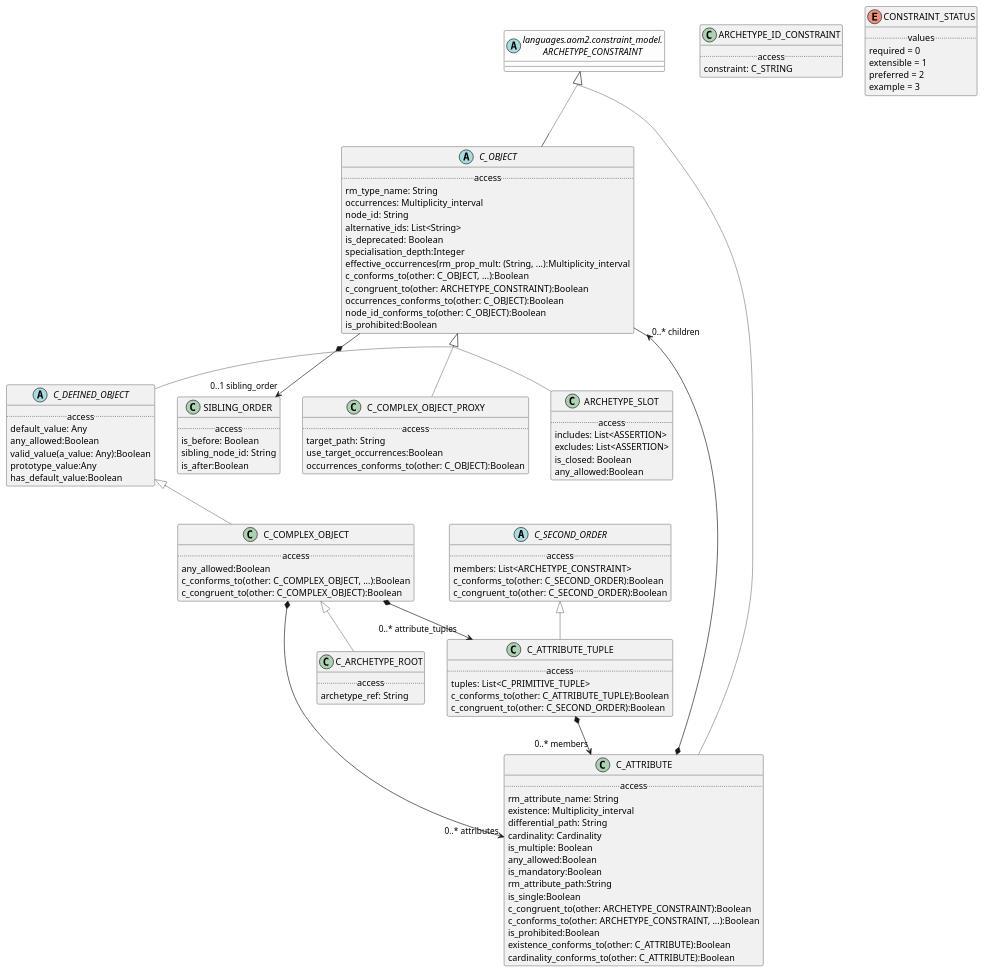
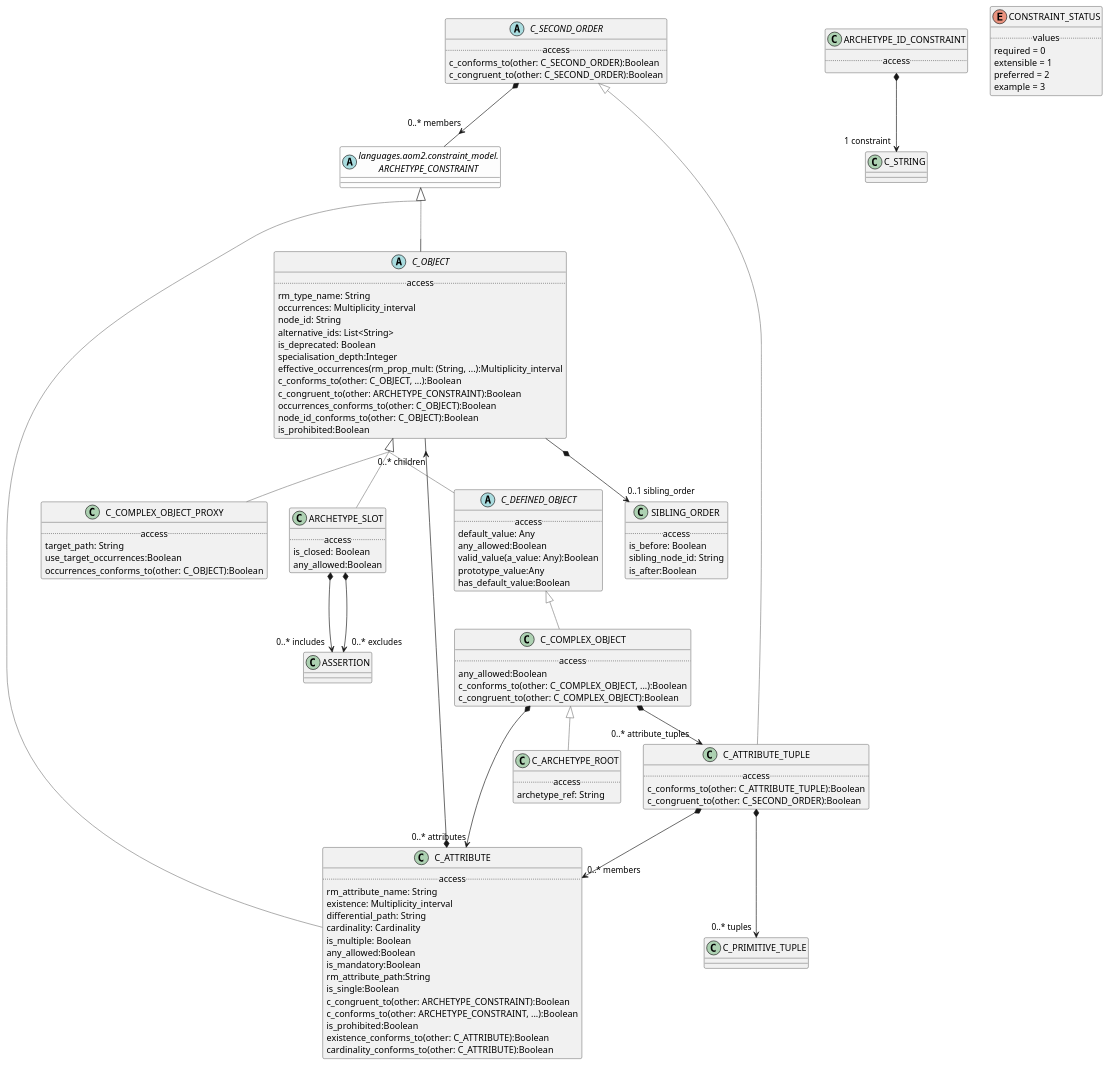
The diagram in modules/ROOT/examples/bmm/languages/aom2/constraint_model/complex/complex-package-uml.adoc (wolandscat/openehr-doc), drawn with PlantUML before and after one commit. The commit also changed 30 other files, not shown here.

```diff
--- a/modules/ROOT/examples/bmm/languages/aom2/constraint_model/complex/complex-package-uml.adoc
+++ b/modules/ROOT/examples/bmm/languages/aom2/constraint_model/complex/complex-package-uml.adoc
@@ -8,13 +8,14 @@
 
 class C_ATTRIBUTE_TUPLE [[/openehr-doc/latest/languages/aom2-gen.html#_class_c_attribute_tuple]] {
         .. access ..
-        tuples: List<C_PRIMITIVE_TUPLE>
         c_conforms_to(other: C_ATTRIBUTE_TUPLE):Boolean
         c_congruent_to(other: C_SECOND_ORDER):Boolean
 }
 
 C_ATTRIBUTE_TUPLE -[#gray]up-|> C_SECOND_ORDER  
 
+
+C_ATTRIBUTE_TUPLE *--> "0..* tuples" C_PRIMITIVE_TUPLE
 
 C_ATTRIBUTE_TUPLE *--> "0..* members" C_ATTRIBUTE
 
@@ -41,17 +42,19 @@
 
 class ARCHETYPE_ID_CONSTRAINT [[/openehr-doc/latest/languages/aom2-gen.html#_class_archetype_id_constraint]] {
         .. access ..
-        constraint: C_STRING
 }
 
 
+ARCHETYPE_ID_CONSTRAINT *--> "1 constraint" C_STRING
+
 abstract class C_SECOND_ORDER [[/openehr-doc/latest/languages/aom2-gen.html#_class_c_second_order]] {
         .. access ..
-        members: List<ARCHETYPE_CONSTRAINT>
         c_conforms_to(other: C_SECOND_ORDER):Boolean
         c_congruent_to(other: C_SECOND_ORDER):Boolean
 }
 
+
+C_SECOND_ORDER *--> "0..* members" ARCHETYPE_CONSTRAINT
 
 class SIBLING_ORDER [[/openehr-doc/latest/languages/aom2-gen.html#_class_sibling_order]] {
         .. access ..
@@ -101,14 +104,16 @@
 
 class ARCHETYPE_SLOT [[/openehr-doc/latest/languages/aom2-gen.html#_class_archetype_slot]] {
         .. access ..
-        includes: List<ASSERTION>
-        excludes: List<ASSERTION>
         is_closed: Boolean
         any_allowed:Boolean
 }
 
 ARCHETYPE_SLOT -[#gray]up-|> C_OBJECT  
 
+
+ARCHETYPE_SLOT *--> "0..* includes" ASSERTION
+
+ARCHETYPE_SLOT *--> "0..* excludes" ASSERTION
 
 class C_COMPLEX_OBJECT [[/openehr-doc/latest/languages/aom2-gen.html#_class_c_complex_object]] {
         .. access ..
```
